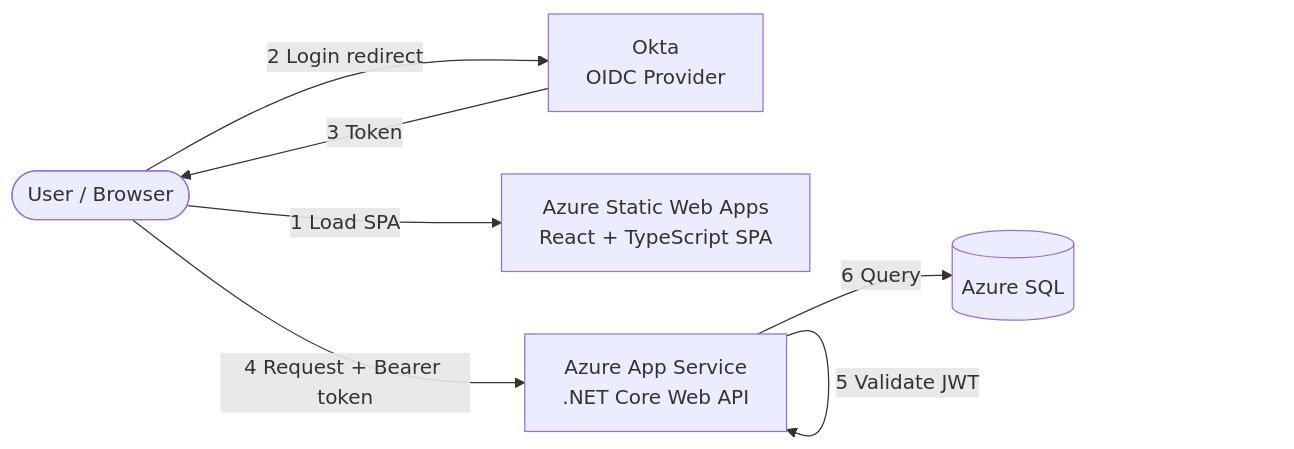
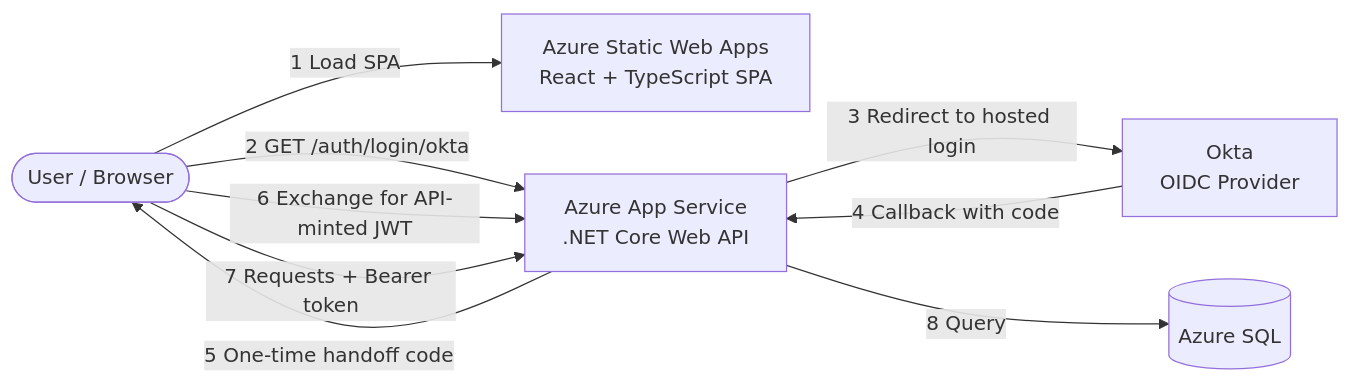
The diagram in README.md (IainBowler/IntegrationDashboard), drawn with Mermaid before and after one commit. The commit also changed other lines of this file and 1 other file, not shown here.

First line of the commit message:
docs: describe the server-side auth model in CLAUDE.md and README

````diff
--- a/README.md
+++ b/README.md
@@ -22,15 +22,17 @@
 ```mermaid
 graph LR
     User([User / Browser])
     Okta[Okta<br/>OIDC Provider]
     SWA[Azure Static Web Apps<br/>React + TypeScript SPA]
     API[Azure App Service<br/>.NET Core Web API]
     DB[(Azure SQL)]
 
     User -->|1 Load SPA| SWA
-    User -->|2 Login redirect| Okta
-    Okta -->|3 Token| User
-    User -->|4 Request + Bearer token| API
-    API -->|5 Validate JWT| API
-    API -->|6 Query| DB
+    User -->|2 GET /auth/login/okta| API
+    API -->|3 Redirect to hosted login| Okta
+    Okta -->|4 Callback with code| API
+    API -->|5 One-time handoff code| User
+    User -->|6 Exchange for API-minted JWT| API
+    User -->|7 Requests + Bearer token| API
+    API -->|8 Query| DB
 ```
````
